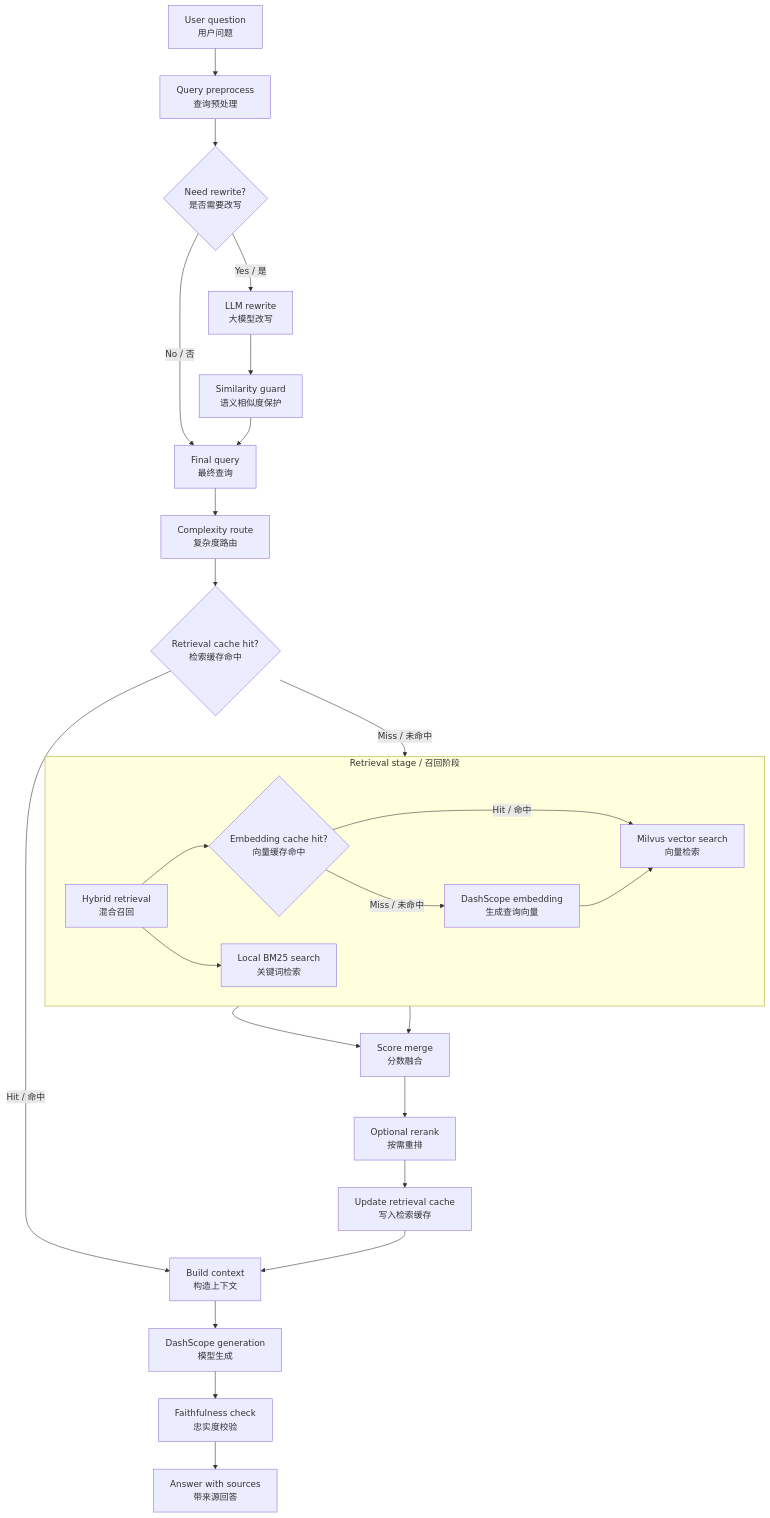
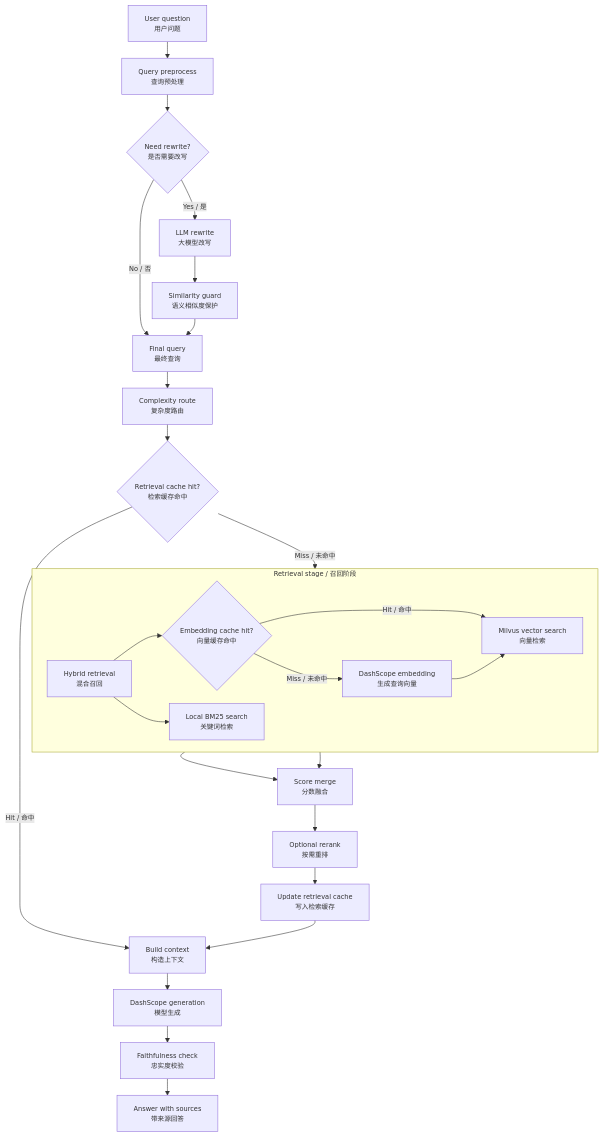
One commit to ember056/devassist-agent changed the third of 4 diagrams in README.md. Above: the diagram before and after it, drawn with Mermaid. The commit also changed other lines of this file, not shown here.

Commit message:
docs: reduce readme diagram font size

````diff
--- a/README.md
+++ b/README.md
@@ -107,33 +109,34 @@
 ```mermaid
+%%{init: {"themeVariables": {"fontSize": "12px"}, "flowchart": {"nodeSpacing": 24, "rankSpacing": 30}}}%%
 flowchart TD
     Q["User question<br/>用户问题"] --> PRE["Query preprocess<br/>查询预处理"]
     PRE --> GATE{"Need rewrite?<br/>是否需要改写"}
     GATE -- "No / 否" --> FINAL["Final query<br/>最终查询"]
     GATE -- "Yes / 是" --> REWRITE["LLM rewrite<br/>大模型改写"]
     REWRITE --> GUARD["Similarity guard<br/>语义相似度保护"]
     GUARD --> FINAL
 
     FINAL --> ROUTE["Complexity route<br/>复杂度路由"]
     ROUTE --> RCACHE{"Retrieval cache hit?<br/>检索缓存命中"}
     RCACHE -- "Hit / 命中" --> CTX["Build context<br/>构造上下文"]
     RCACHE -- "Miss / 未命中" --> HYBRID["Hybrid retrieval<br/>混合召回"]
 
     subgraph Retrieval["Retrieval stage / 召回阶段"]
         direction LR
         HYBRID --> ECACHE{"Embedding cache hit?<br/>向量缓存命中"}
         ECACHE -- "Hit / 命中" --> VEC["Milvus vector search<br/>向量检索"]
         ECACHE -- "Miss / 未命中" --> EMB["DashScope embedding<br/>生成查询向量"]
         EMB --> VEC
         HYBRID --> BM25["Local BM25 search<br/>关键词检索"]
     end
 
     VEC --> MERGE["Score merge<br/>分数融合"]
     BM25 --> MERGE
     MERGE --> RERANK["Optional rerank<br/>按需重排"]
     RERANK --> SAVE["Update retrieval cache<br/>写入检索缓存"]
     SAVE --> CTX
 
     CTX --> LLM["DashScope generation<br/>模型生成"]
     LLM --> FAITH["Faithfulness check<br/>忠实度校验"]
     FAITH --> OUT["Answer with sources<br/>带来源回答"]
 ```
````
